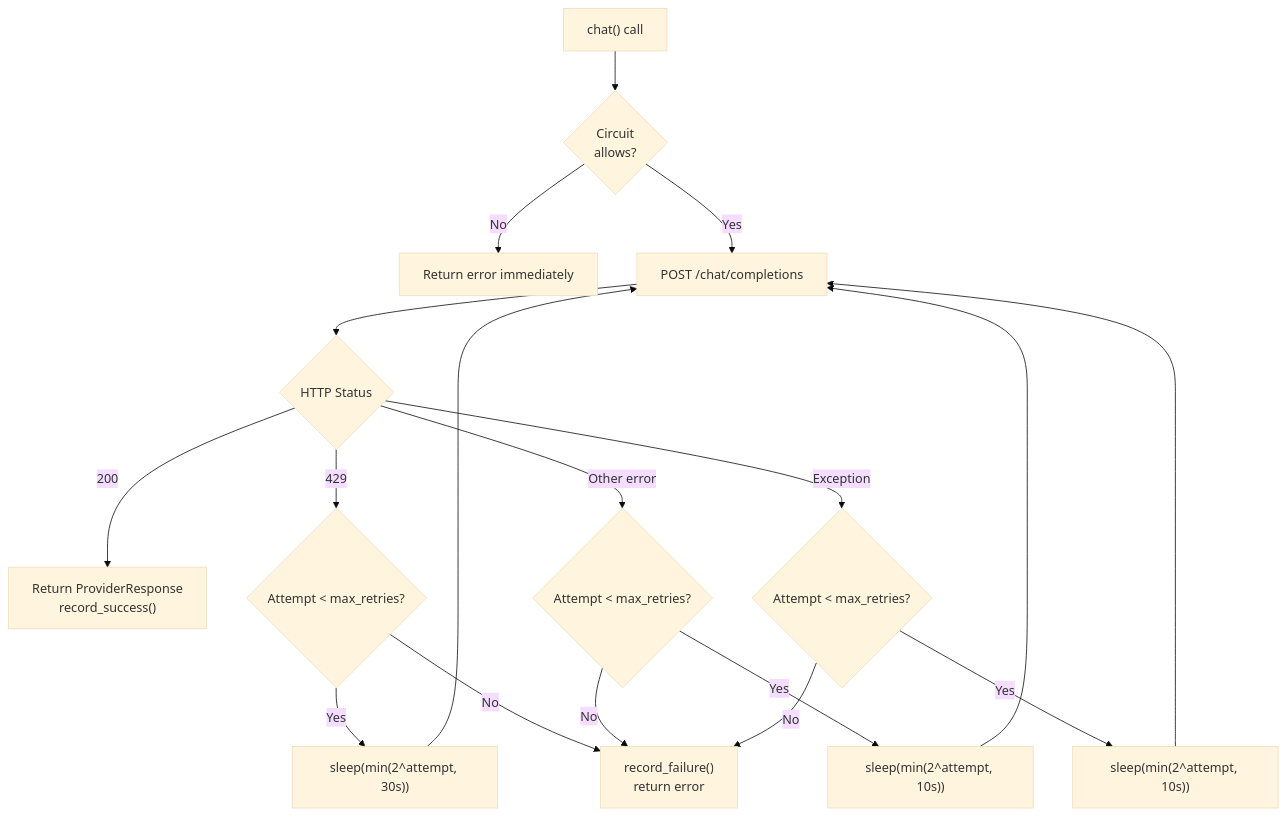
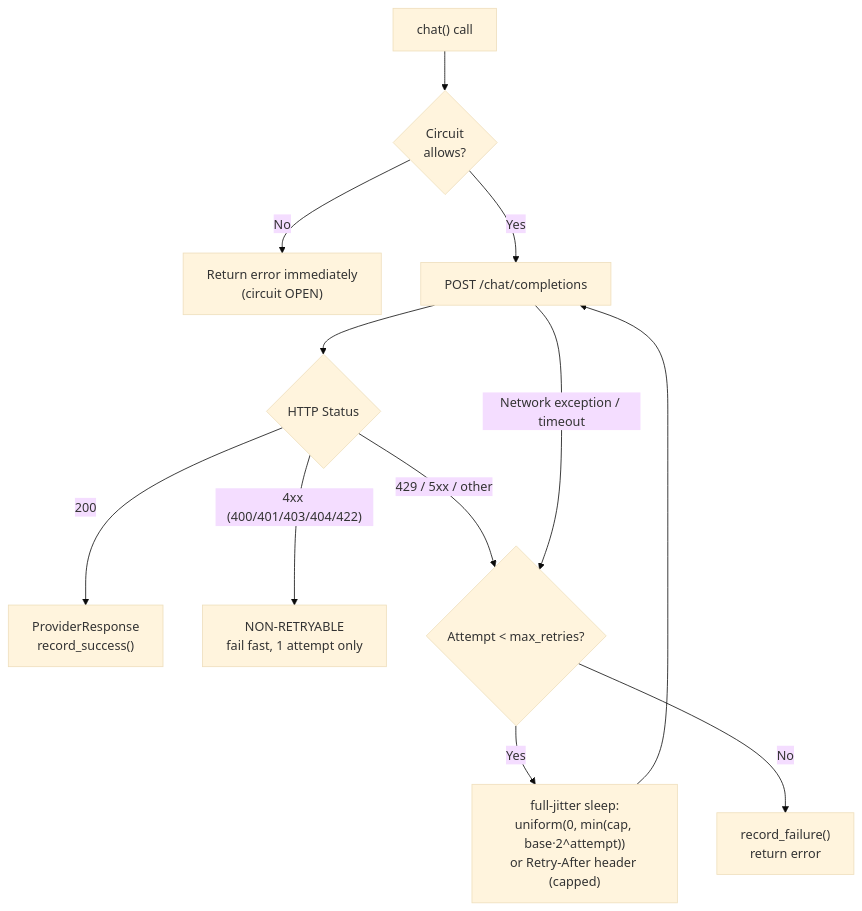
Before and after one commit to masrizram/aura: the diagram in docs/failure-recovery/retry.md, drawn with Mermaid (base theme). The commit also changed other lines of this file and 34 other files, not shown here.

First line of the commit message:
feat: v3.5.1 — architecture hardening cycle (IMP-01..IMP-09)

````diff
--- a/docs/failure-recovery/retry.md
+++ b/docs/failure-recovery/retry.md
@@ -7,23 +10,16 @@
 ```mermaid
 graph TD
-    REQ["chat() call"] --> CB{"Circuit\nallows?"}
-    CB -->|No| CB_ERR["Return error immediately"]
+    REQ["chat() call"] --> CB{"Circuit<br/>allows?"}
+    CB -->|No| CB_ERR["Return error immediately<br/>(circuit OPEN)"]
     CB -->|Yes| SEND["POST /chat/completions"]
     SEND --> STATUS{HTTP Status}
-    
-    STATUS -->|200| SUCCESS["Return ProviderResponse\nrecord_success()"]
-    STATUS -->|429| RETRY{"Attempt < max_retries?"}
-    RETRY -->|Yes| SLEEP["sleep(min(2^attempt, 30s))"]
+
+    STATUS -->|200| SUCCESS["ProviderResponse<br/>record_success()"]
+    STATUS -->|"4xx (400/401/403/404/422)"| NO_RETRY["NON-RETRYABLE<br/>fail fast, 1 attempt only"]
+    STATUS -->|"429 / 5xx / other"| RETRY{"Attempt < max_retries?"}
+    RETRY -->|Yes| SLEEP["full-jitter sleep:<br/>uniform(0, min(cap, base·2^attempt))<br/>or Retry-After header (capped)"]
     SLEEP --> SEND
-    RETRY -->|No| FAIL["record_failure()\nreturn error"]
-    
-    STATUS -->|Other error| RETRY2{"Attempt < max_retries?"}
-    RETRY2 -->|Yes| SLEEP2["sleep(min(2^attempt, 10s))"]
-    SLEEP2 --> SEND
-    RETRY2 -->|No| FAIL
-    
-    STATUS -->|Exception| RETRY3{"Attempt < max_retries?"}
-    RETRY3 -->|Yes| SLEEP3["sleep(min(2^attempt, 10s))"]
-    SLEEP3 --> SEND
-    RETRY3 -->|No| FAIL
+    RETRY -->|No| FAIL["record_failure()<br/>return error"]
+
+    SEND -->|"Network exception / timeout"| RETRY
 ```
````
